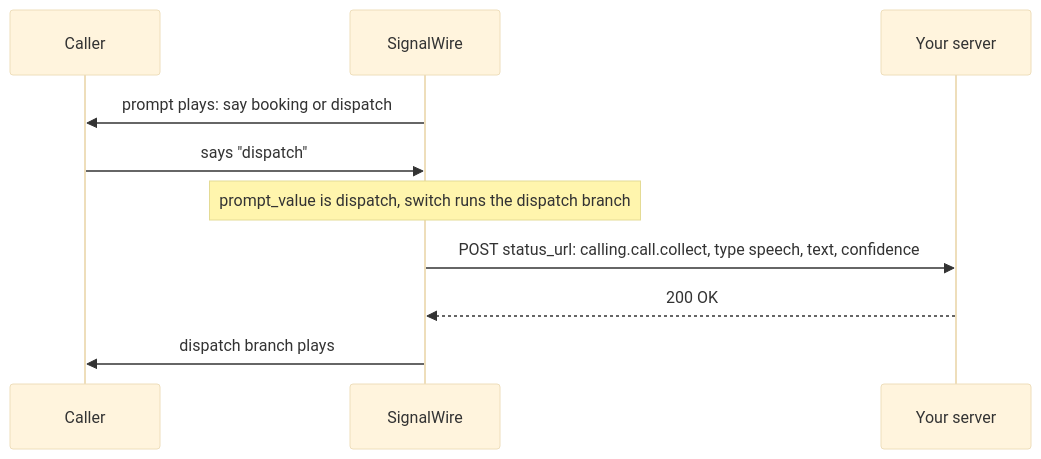
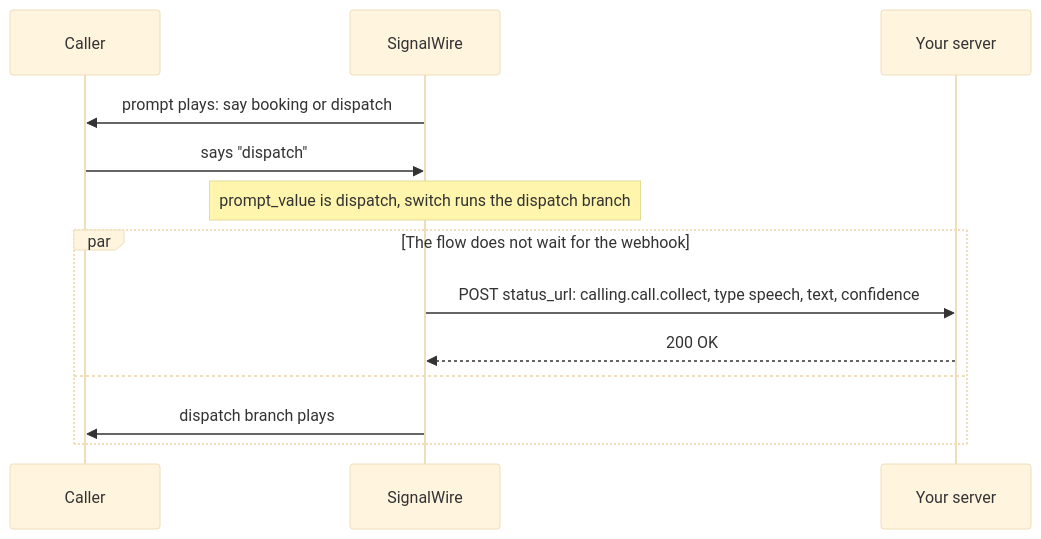
The first of 2 diagrams in fern/products/platform/pages/calling/voice/collect-input.mdx (signalwire/docs), drawn with Mermaid (base theme) before and after one commit. The commit also changed other lines of this file and 1 other file, not shown here.

Commit message:
fix(calling): address review of the collect caller input guide

````diff
--- a/fern/products/platform/pages/calling/voice/collect-input.mdx
+++ b/fern/products/platform/pages/calling/voice/collect-input.mdx
@@ -699,13 +710,16 @@
 ```mermaid
 sequenceDiagram
     participant Caller
     participant SW as SignalWire
     participant Srv as Your server
 
     SW->>Caller: prompt plays: say booking or dispatch
     Caller->>SW: says "dispatch"
     Note over SW: prompt_value is dispatch, switch runs the dispatch branch
-    SW->>Srv: POST status_url: calling.call.collect, type speech, text, confidence
-    Srv-->>SW: 200 OK
-    SW->>Caller: dispatch branch plays
+    par The flow does not wait for the webhook
+        SW->>Srv: POST status_url: calling.call.collect, type speech, text, confidence
+        Srv-->>SW: 200 OK
+    and
+        SW->>Caller: dispatch branch plays
+    end
 ```
````
